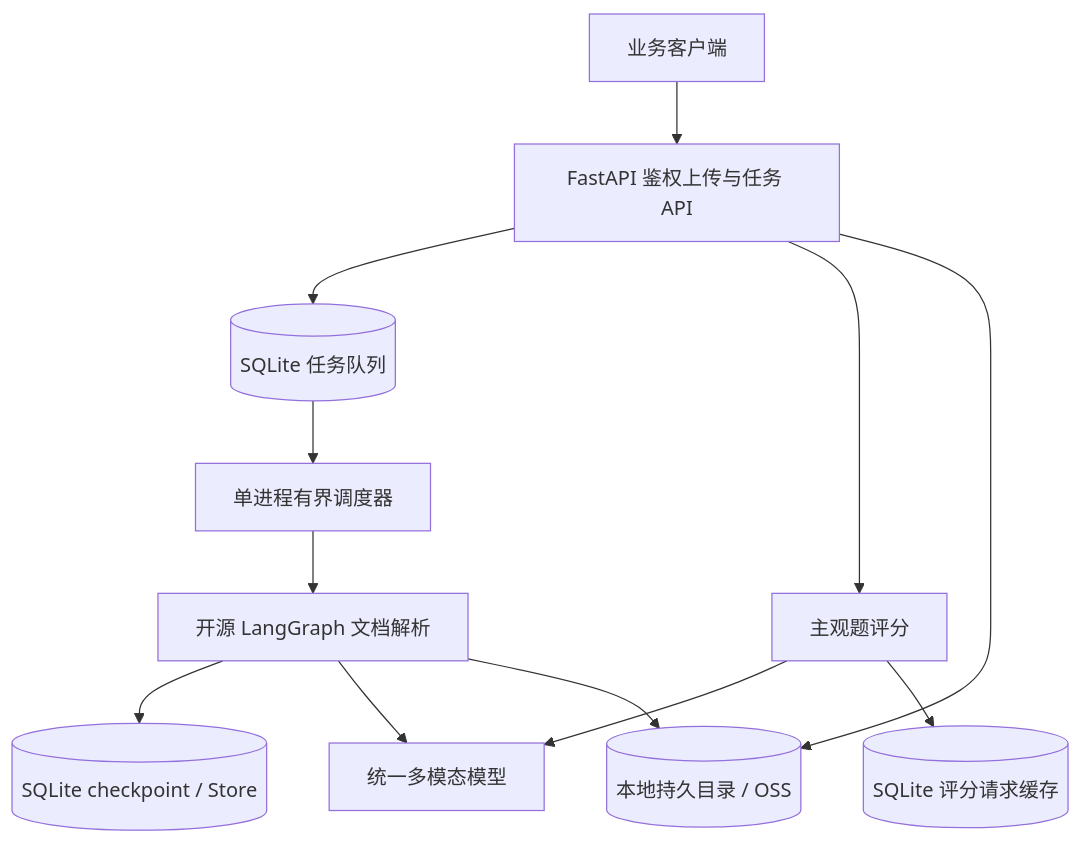
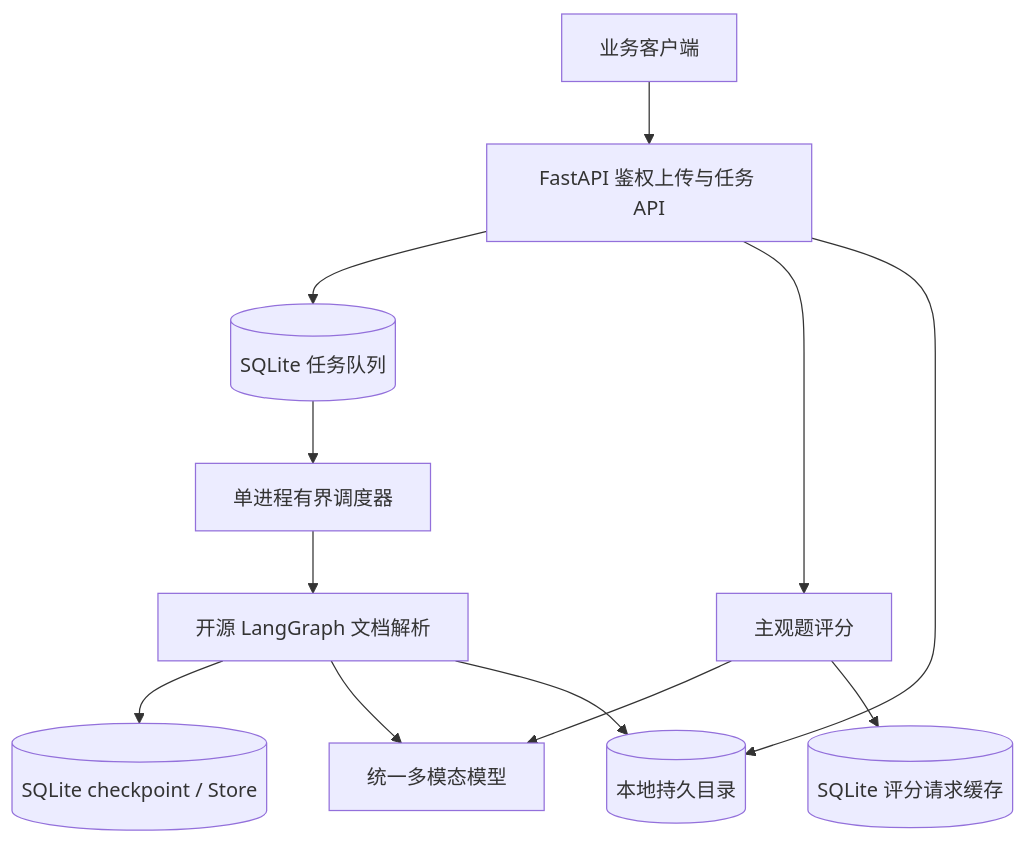
One commit to shenyankm/PractiQ changed the diagram in server/docs/service-guide.md. Above: the diagram before and after it, drawn with Mermaid. The commit also changed other lines of this file and 53 other files, not shown here.

````diff
--- a/server/docs/service-guide.md
+++ b/server/docs/service-guide.md
@@ -168,14 +164,14 @@
 ```mermaid
 graph TD
     Client[业务客户端] --> API[FastAPI 鉴权上传与任务 API]
     API --> DB[(SQLite 任务队列)]
     DB --> Runner[单进程有界调度器]
     Runner --> Graph[开源 LangGraph 文档解析]
     Graph --> State[(SQLite checkpoint / Store)]
     Graph --> Model[统一多模态模型]
     API --> Grading[主观题评分]
     Grading --> Model
     Grading --> Grades[(SQLite 评分请求缓存)]
-    API --> Files[(本地持久目录 / OSS)]
+    API --> Files[(本地持久目录)]
     Graph --> Files
 ```
````
